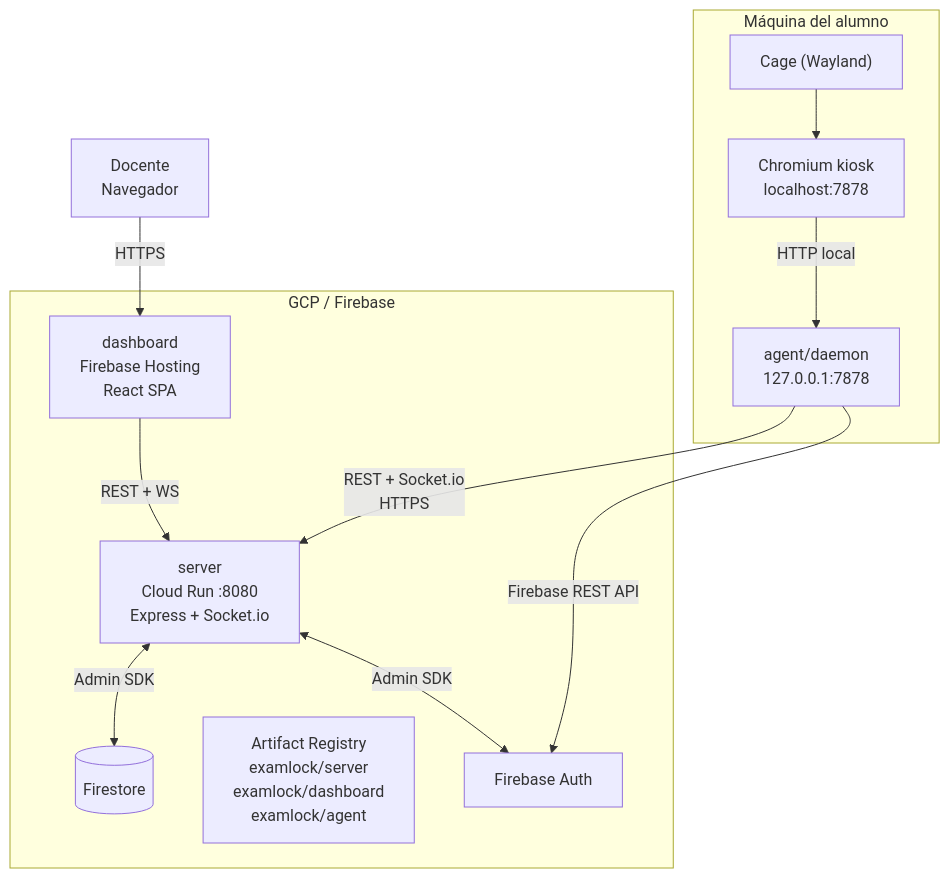
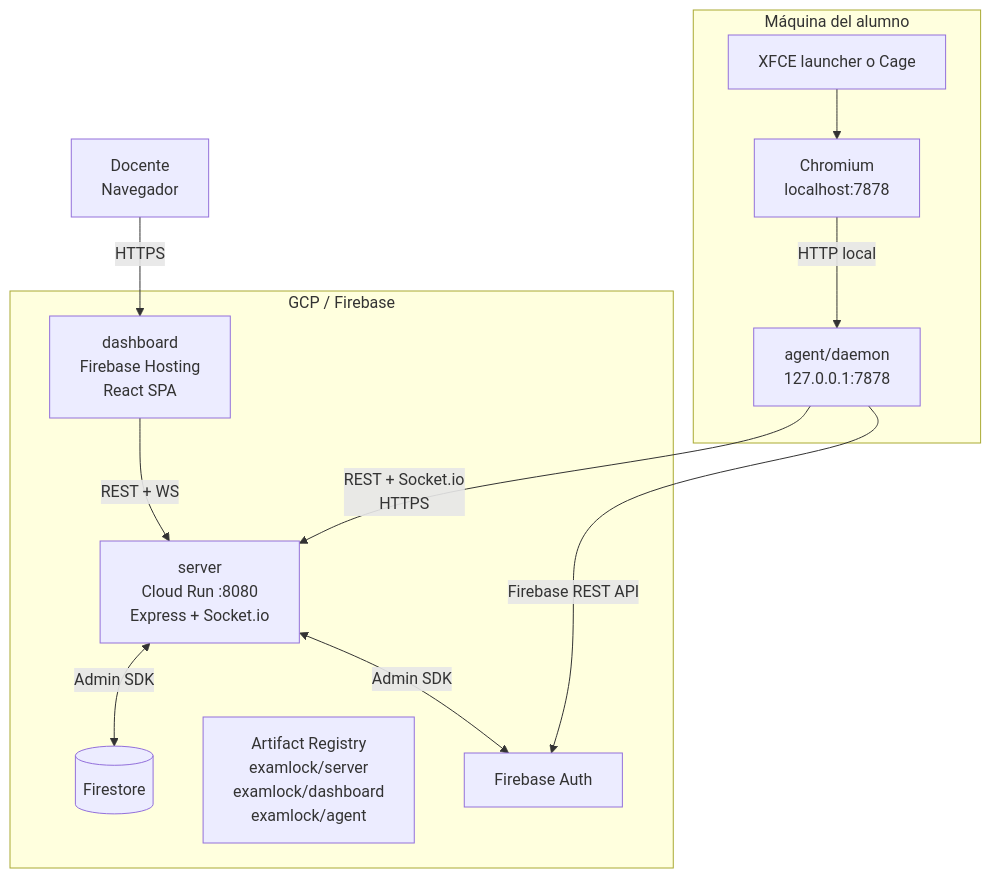
One commit to daniel-baf/virtua-ExamLock changed the first of 6 diagrams in docs/architecture.md. Above: the diagram before and after it, drawn with Mermaid. The commit also changed other lines of this file and 5 other files, not shown here.

````diff
--- a/docs/architecture.md
+++ b/docs/architecture.md
@@ -17,29 +17,29 @@
 ```mermaid
 graph TB
     subgraph GCP["GCP / Firebase"]
         SERVER["server\nCloud Run :8080\nExpress + Socket.io"]
         DASHBOARD["dashboard\nFirebase Hosting\nReact SPA"]
         FS[("Firestore")]
         AR["Artifact Registry\nexamlock/server\nexamlock/dashboard\nexamlock/agent"]
         FB["Firebase Auth"]
     end
 
     subgraph ALUMNO["Máquina del alumno"]
         DAEMON["agent/daemon\n127.0.0.1:7878"]
-        BROWSER["Chromium kiosk\nlocalhost:7878"]
-        CAGE["Cage (Wayland)"]
+        BROWSER["Chromium\nlocalhost:7878"]
+        SESSION["XFCE launcher o Cage"]
     end
 
     TEACHER["Docente\nNavegador"]
 
     TEACHER -->|HTTPS| DASHBOARD
     DASHBOARD -->|REST + WS| SERVER
     SERVER <-->|Admin SDK| FS
     SERVER <-->|Admin SDK| FB
 
     BROWSER -->|HTTP local| DAEMON
     DAEMON -->|REST + Socket.io\nHTTPS| SERVER
     DAEMON -->|Firebase REST API| FB
 
-    CAGE --> BROWSER
+    SESSION --> BROWSER
 ```
````
